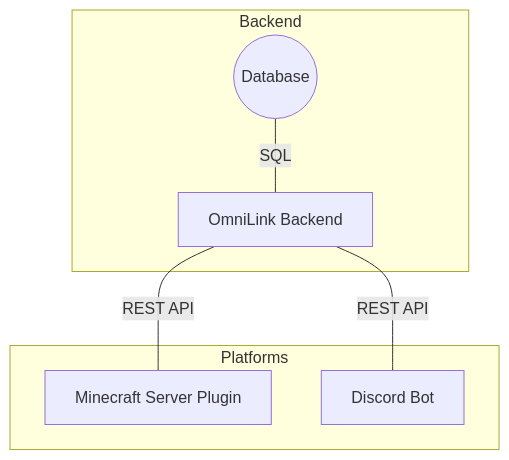
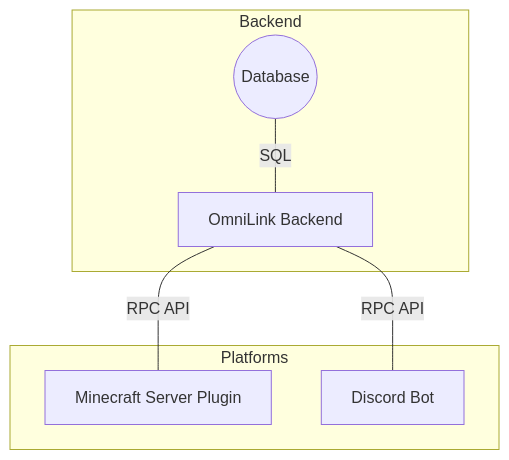
One commit to samuelh2005/OmniLink changed the diagram in docs/Account_Management.md. Above: the diagram before and after it, drawn with Mermaid. The commit also changed 1 other file, not shown here.

Commit message:
docs: add rpc protocol specs

````diff
--- a/docs/Account_Management.md
+++ b/docs/Account_Management.md
@@ -7,18 +7,18 @@
 ```mermaid
 flowchart BT
 
     subgraph Backend
         B((Database))
         A[OmniLink Backend]
 
         A ---|SQL| B
     end
 
     subgraph Platforms
         C[Minecraft Server Plugin]
         D[Discord Bot]
 
-        C ---|REST API| A
-        D ---|REST API| A
+        C ---|RPC API| A
+        D ---|RPC API| A
     end
 ```
````
